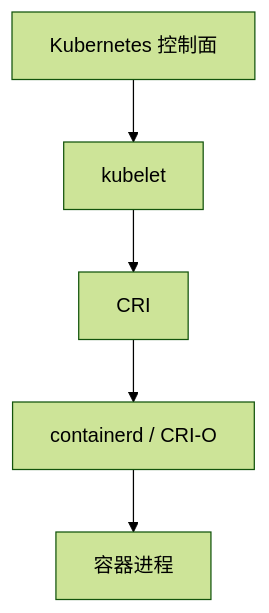
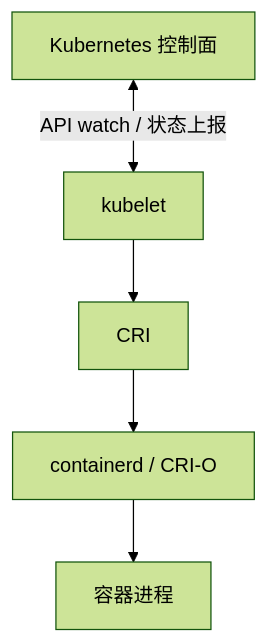
The second of 2 diagrams in docs/06-集群架构/1-Kubernetes基本概念.md (yleoer/k8s-learn), drawn with Mermaid (forest theme) before and after one commit. The commit also changed other lines of this file and 6 other files, not shown here.

````diff
--- a/docs/06-集群架构/1-Kubernetes基本概念.md
+++ b/docs/06-集群架构/1-Kubernetes基本概念.md
@@ -48,7 +48,7 @@
 ```mermaid
 flowchart TB
-  control["Kubernetes 控制面"] --> kubelet["kubelet"]
+  control["Kubernetes 控制面"] <-->|API watch / 状态上报| kubelet["kubelet"]
   kubelet --> cri["CRI"]
   cri --> runtime["containerd / CRI-O"]
   runtime --> container["容器进程"]
 ```
````
